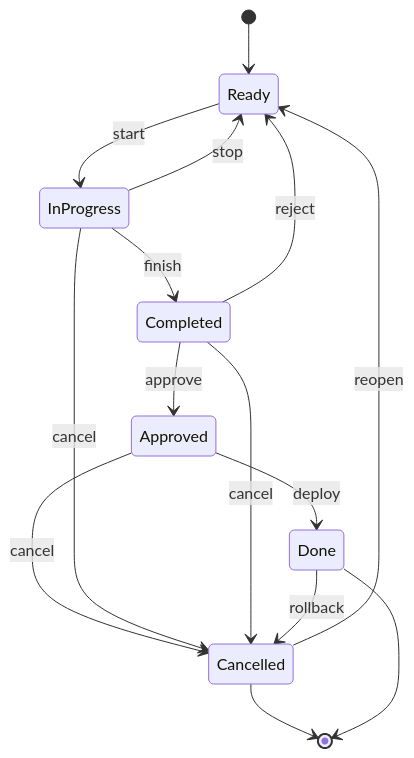
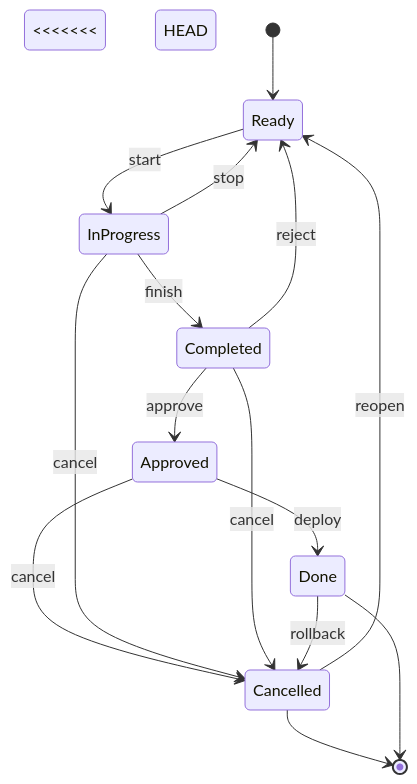
Before and after one commit to sebastianclaros/teatime: the first of 2 diagrams in scripts/automation/index.md, drawn with Mermaid. The commit also changed other lines of this file and 11 other files, not shown here.

`````diff
--- a/scripts/automation/index.md
+++ b/scripts/automation/index.md
@@ -26,17 +35,18 @@
 ````mermaid 
 stateDiagram-v2 
+<<<<<<< HEAD
 [*] --> Ready
 Ready --> InProgress : start
 InProgress --> Ready :stop
 InProgress --> Completed : finish
 Completed --> Approved :approve
 Completed --> Ready :reject
 Approved --> Done : deploy
 Approved --> Cancelled : cancel
 InProgress --> Cancelled : cancel
 Completed --> Cancelled: cancel
 Cancelled --> Ready : reopen
 Cancelled --> [*]
 Done --> [*]
 Done --> Cancelled : rollback
 ````
`````
